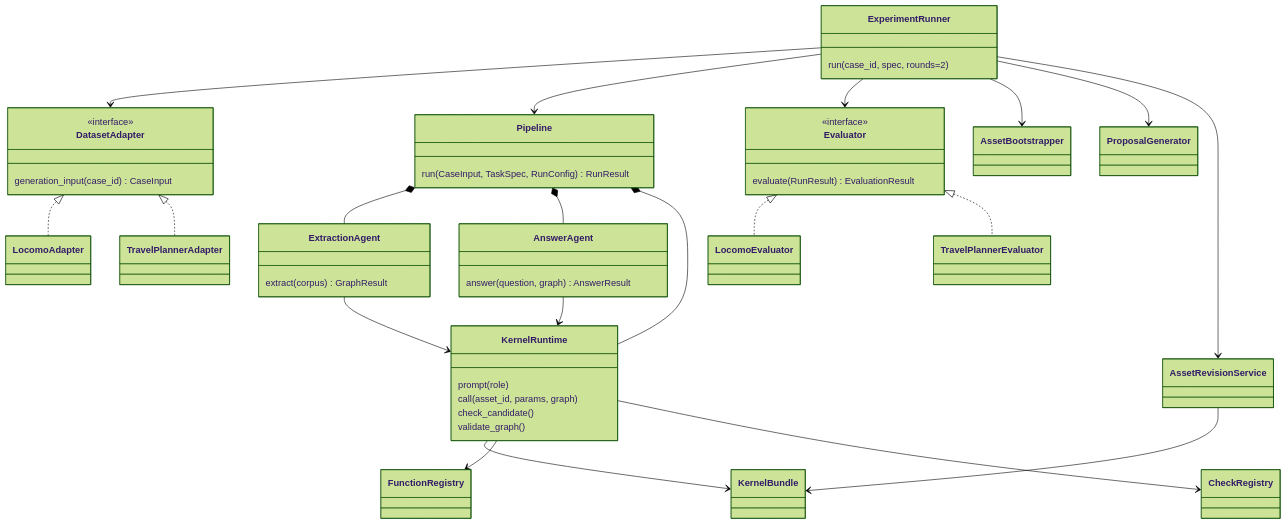
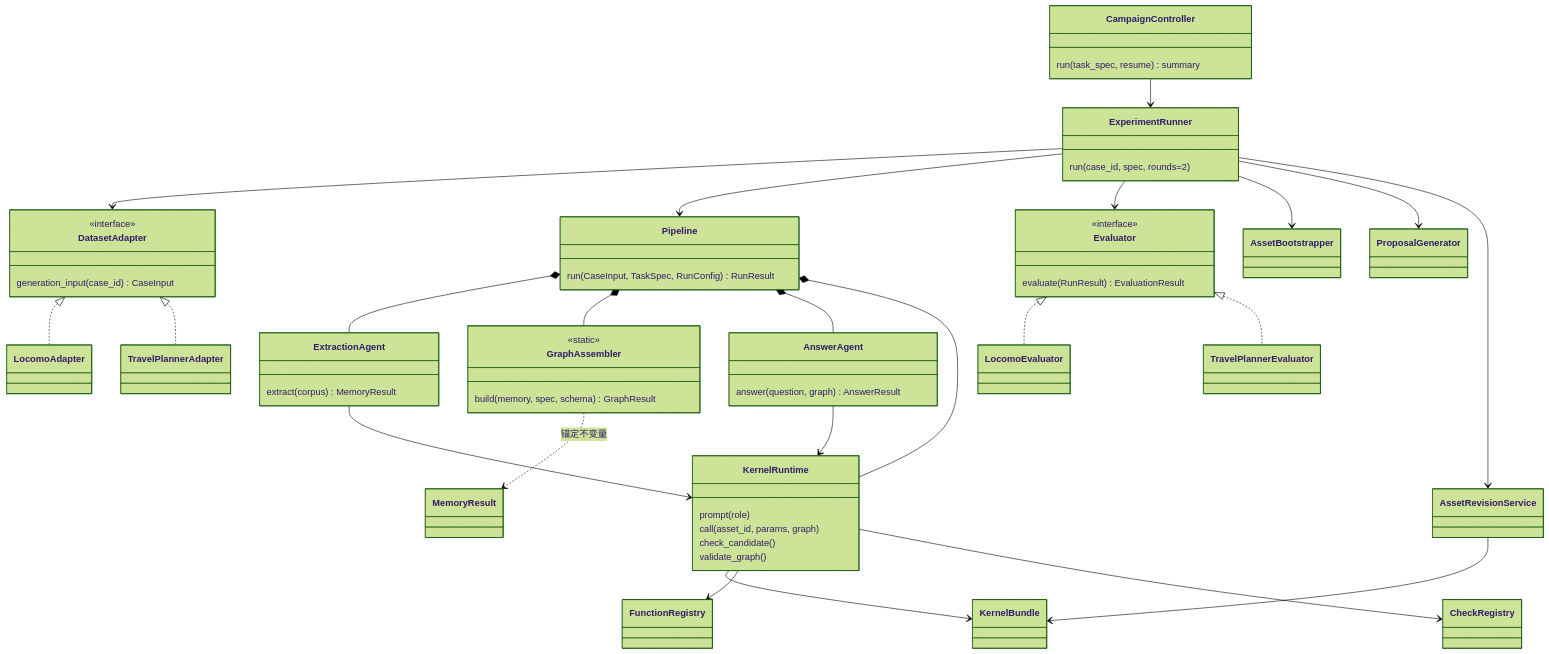
One commit to gogoingai/DarwinAgent changed the first of 2 diagrams in docs/ARCHITECTURE.md. Above: the diagram before and after it, drawn with Mermaid (forest theme). The commit also changed other lines of this file and 12 other files, not shown here.

````diff
--- a/docs/ARCHITECTURE.md
+++ b/docs/ARCHITECTURE.md
@@ -62,48 +63,58 @@
 ```mermaid
 classDiagram
   class DatasetAdapter {
     <<interface>>
     generation_input(case_id) CaseInput
   }
   class Evaluator {
     <<interface>>
     evaluate(RunResult) EvaluationResult
   }
   class Pipeline {
     run(CaseInput, TaskSpec, RunConfig) RunResult
   }
   class ExtractionAgent {
-    extract(corpus) GraphResult
+    extract(corpus) MemoryResult
+  }
+  class GraphAssembler {
+    <<static>>
+    build(memory, spec, schema) GraphResult
+  }
+  class CampaignController {
+    run(task_spec, resume) summary
   }
   class AnswerAgent {
     answer(question, graph) AnswerResult
   }
   class KernelRuntime {
     prompt(role)
     call(asset_id, params, graph)
     check_candidate()
     validate_graph()
   }
   class ExperimentRunner {
     run(case_id, spec, rounds=2)
   }
   DatasetAdapter <|.. LocomoAdapter
   DatasetAdapter <|.. TravelPlannerAdapter
   Evaluator <|.. LocomoEvaluator
   Evaluator <|.. TravelPlannerEvaluator
   ExperimentRunner --> DatasetAdapter
   ExperimentRunner --> Pipeline
   ExperimentRunner --> Evaluator
   ExperimentRunner --> AssetBootstrapper
   ExperimentRunner --> ProposalGenerator
   ExperimentRunner --> AssetRevisionService
   Pipeline *-- ExtractionAgent
+  Pipeline *-- GraphAssembler
   Pipeline *-- AnswerAgent
   Pipeline *-- KernelRuntime
   ExtractionAgent --> KernelRuntime
+  GraphAssembler ..> MemoryResult : 锚定不变量
+  CampaignController --> ExperimentRunner
   AnswerAgent --> KernelRuntime
   KernelRuntime --> KernelBundle
   KernelRuntime --> FunctionRegistry
   KernelRuntime --> CheckRegistry
   AssetRevisionService --> KernelBundle
 ```
````
